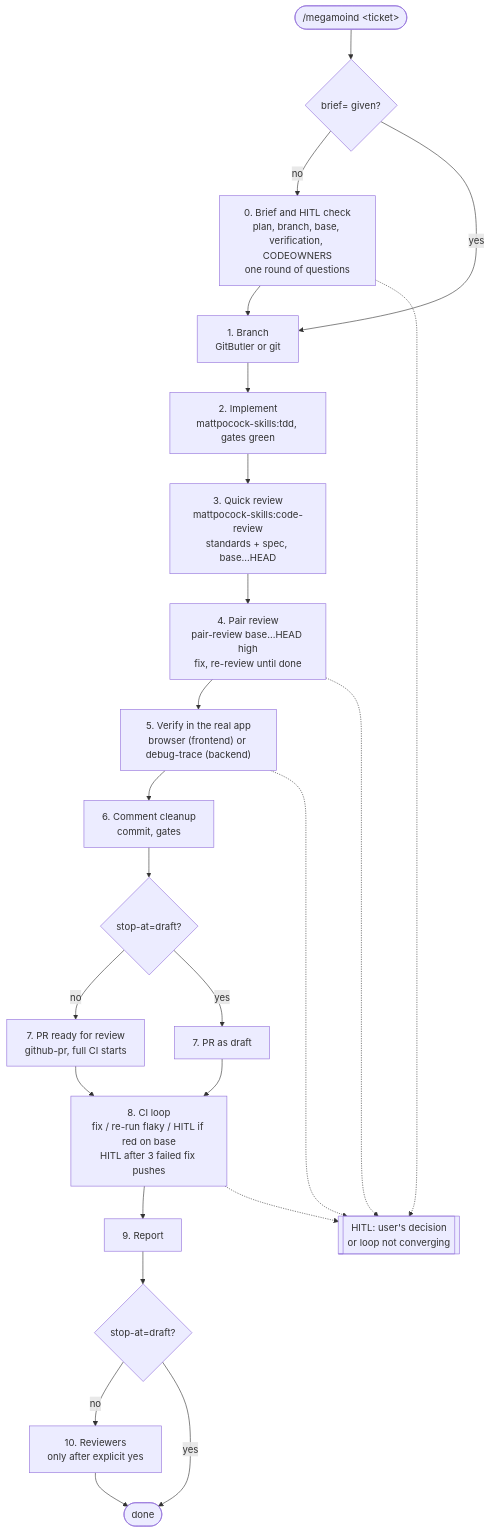
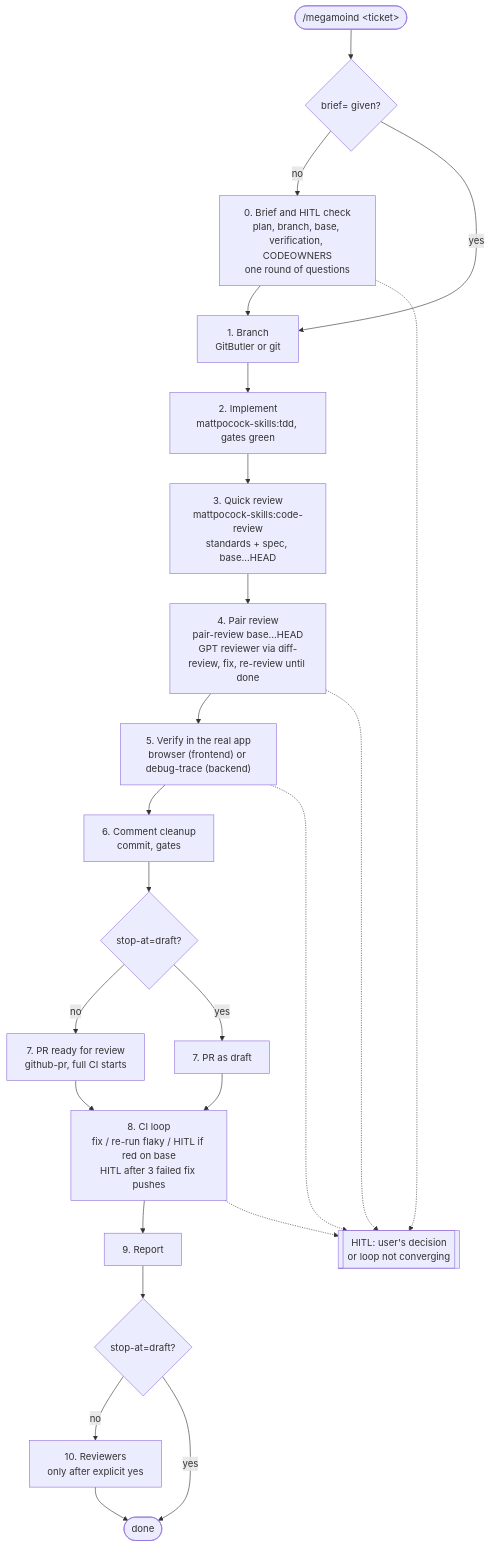
Before and after one commit to moisesrj97/skills: the first of 2 diagrams in docs/megamoind.md, drawn with Mermaid. The commit also changed 5 other files, not shown here.

Commit message:
feat(diff-review): add a model-agnostic review round and run pair-review through it

````diff
--- a/docs/megamoind.md
+++ b/docs/megamoind.md
@@ -7,28 +7,28 @@
 ```mermaid
 flowchart TD
     start(["/megamoind &lt;ticket&gt;"]) --> brief{"brief= given?"}
     brief -- no --> s0["0. Brief and HITL check<br/>plan, branch, base, verification, CODEOWNERS<br/>one round of questions"]
     brief -- yes --> s1
     s0 --> s1["1. Branch<br/>GitButler or git"]
     s1 --> s2["2. Implement<br/>mattpocock-skills:tdd, gates green"]
     s2 --> s3["3. Quick review<br/>mattpocock-skills:code-review<br/>standards + spec, base...HEAD"]
-    s3 --> s4["4. Pair review<br/>pair-review base...HEAD high<br/>fix, re-review until done"]
+    s3 --> s4["4. Pair review<br/>pair-review base...HEAD<br/>GPT reviewer via diff-review, fix, re-review until done"]
     s4 --> s5["5. Verify in the real app<br/>browser (frontend) or debug-trace (backend)"]
     s5 --> s6["6. Comment cleanup<br/>commit, gates"]
     s6 --> draft{"stop-at=draft?"}
     draft -- no --> s7r["7. PR ready for review<br/>github-pr, full CI starts"]
     draft -- yes --> s7d["7. PR as draft"]
     s7r --> s8["8. CI loop<br/>fix / re-run flaky / HITL if red on base<br/>HITL after 3 failed fix pushes"]
     s7d --> s8
     s8 --> s9["9. Report"]
     s9 --> stopdraft{"stop-at=draft?"}
     stopdraft -- no --> s10["10. Reviewers<br/>only after explicit yes"]
     stopdraft -- yes --> done([done])
     s10 --> done
 
     hitl[["HITL: user's decision<br/>or loop not converging"]]
     s0 -.-> hitl
     s4 -.-> hitl
     s5 -.-> hitl
     s8 -.-> hitl
 ```
````
